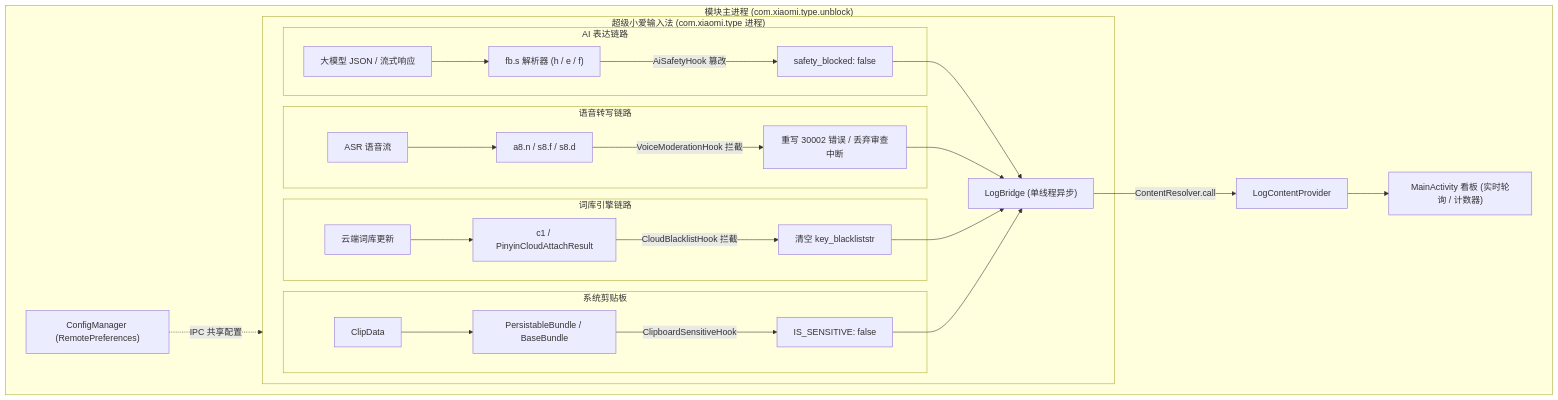
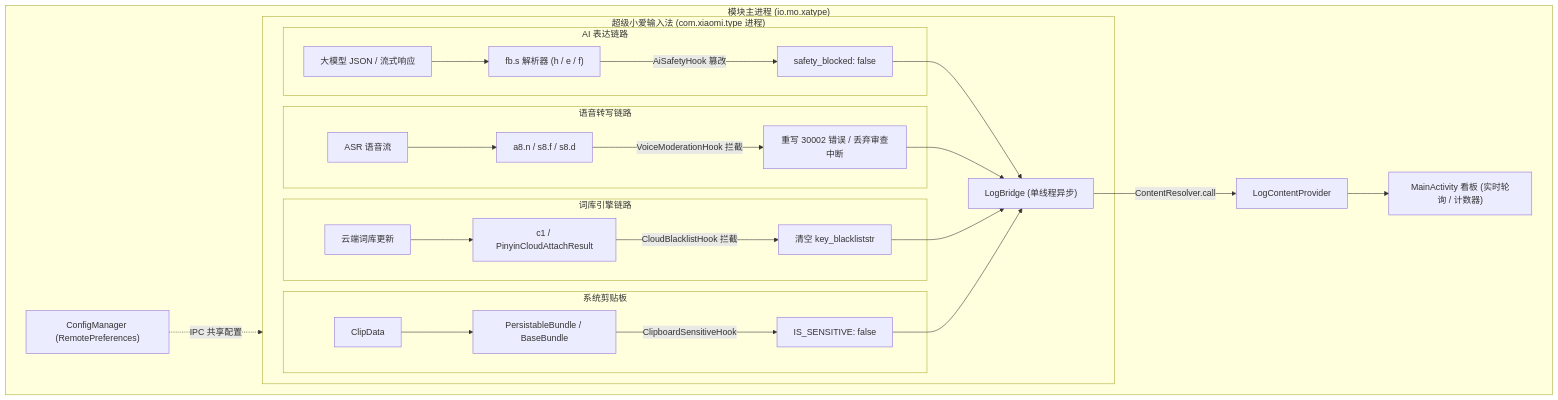
One commit to lm060719/XiaoAiTypeUnblock changed the second of 2 diagrams in README.md. Above: the diagram before and after it, drawn with Mermaid. The commit also changed other lines of this file and 18 other files, not shown here.

````diff
--- a/README.md
+++ b/README.md
@@ -79,32 +79,32 @@
 ```mermaid
 graph TD
     subgraph TargetApp["超级小爱输入法 (com.xiaomi.type 进程)"]
         subgraph AI["AI 表达链路"]
             LLM_RESP["大模型 JSON / 流式响应"] --> FBS["fb.s 解析器 (h / e / f)"]
             FBS -->|AiSafetyHook 篡改| AI_CLEAN["safety_blocked: false"]
         end
 
         subgraph Voice["语音转写链路"]
             ASR_IN["ASR 语音流"] --> MICLAW["a8.n / s8.f / s8.d"]
             MICLAW -->|VoiceModerationHook 拦截| VOICE_PASS["重写 30002 错误 / 丢弃审查中断"]
         end
 
         subgraph Cloud["词库引擎链路"]
             CLOUD_REQ["云端词库更新"] --> ENGINE["c1 / PinyinCloudAttachResult"]
             ENGINE -->|CloudBlacklistHook 拦截| CLOUD_CLEAN["清空 key_blackliststr"]
         end
 
         subgraph Clip["系统剪贴板"]
             SYS_CLIP["ClipData"] --> BUNDLE["PersistableBundle / BaseBundle"]
             BUNDLE -->|ClipboardSensitiveHook| CLIP_PASS["IS_SENSITIVE: false"]
         end
 
         AI_CLEAN & VOICE_PASS & CLOUD_CLEAN & CLIP_PASS --> LOG_BRIDGE["LogBridge (单线程异步)"]
     end
 
-    subgraph ModuleApp["模块主进程 (com.xiaomi.type.unblock)"]
+    subgraph ModuleApp["模块主进程 (io.mo.xatype)"]
         LOG_BRIDGE -->|ContentResolver.call| PROVIDER["LogContentProvider"]
         PROVIDER --> UI["MainActivity 看板 (实时轮询 / 计数器)"]
         CONFIG["ConfigManager (RemotePreferences)"] -.->|IPC 共享配置| TargetApp
     end
 ```
````
